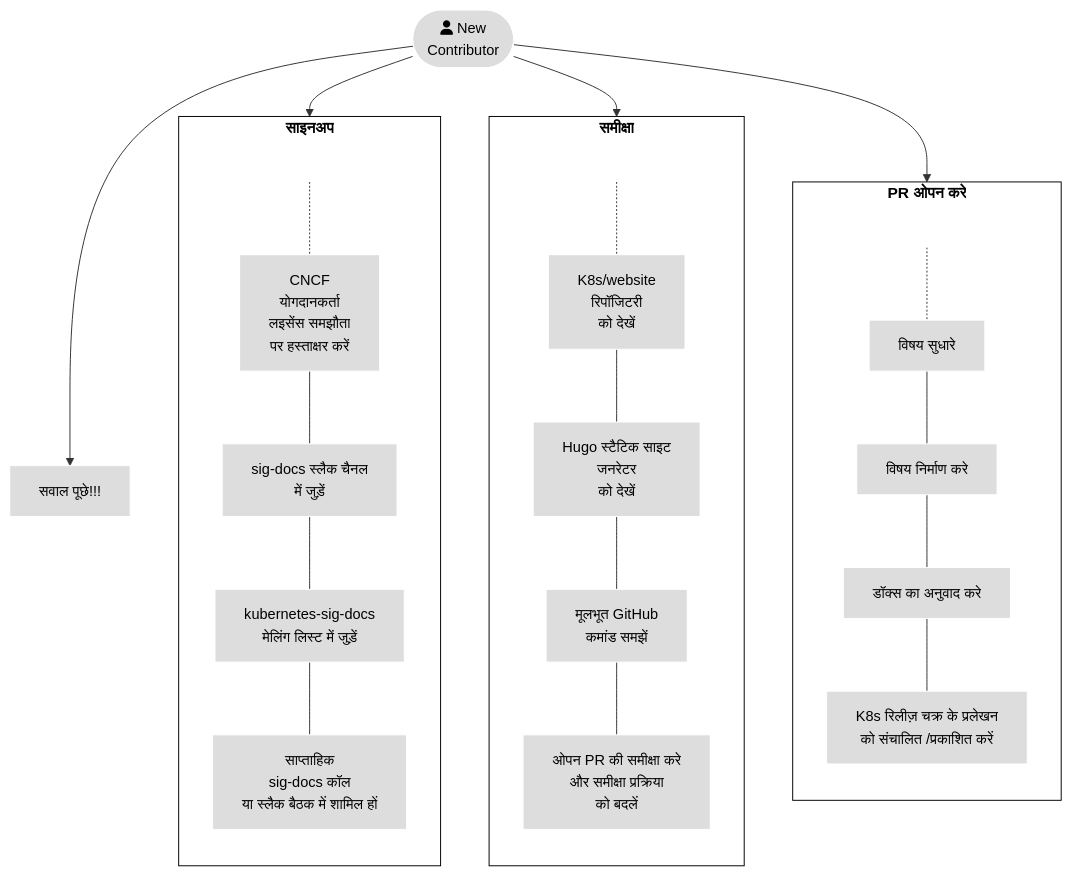
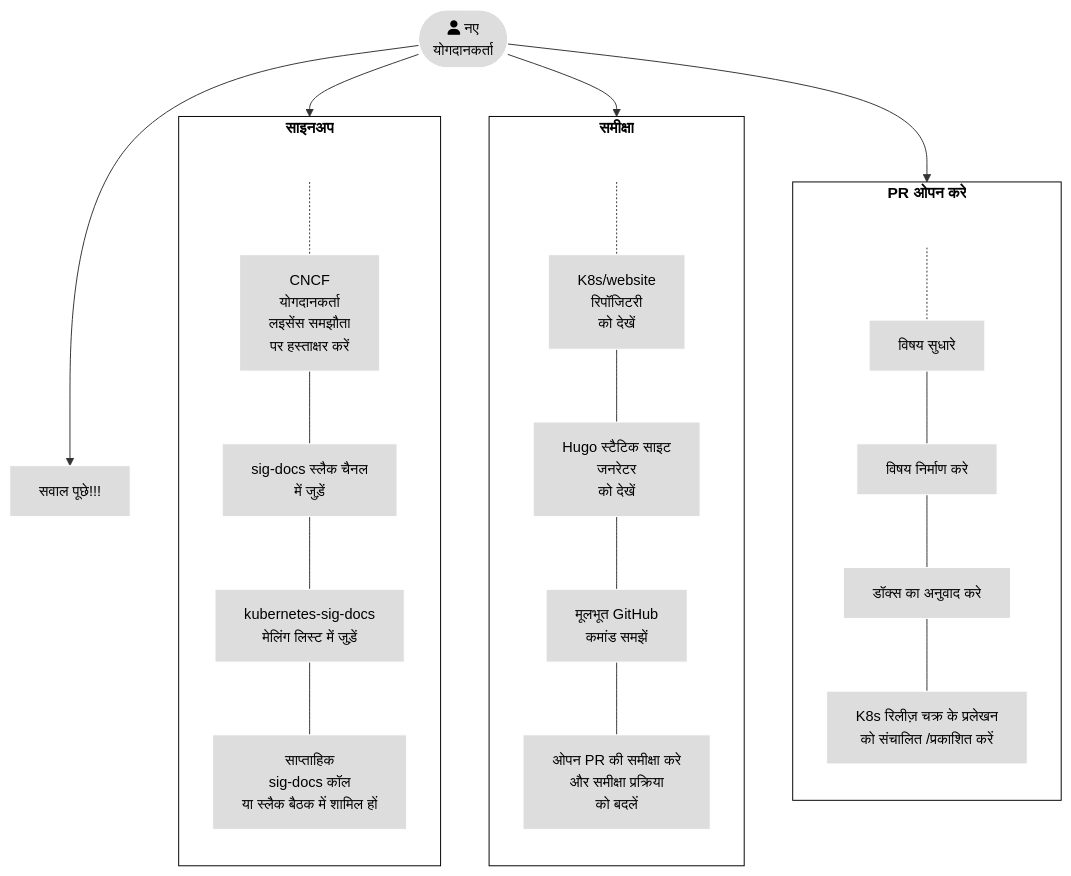
One commit to kubernetes/website changed the first of 2 diagrams in content/hi/docs/contribute/_index.md. Above: the diagram before and after it, drawn with Mermaid.

```diff
--- a/content/hi/docs/contribute/_index.md
+++ b/content/hi/docs/contribute/_index.md
@@ -57,40 +57,40 @@
 {{< mermaid >}}
 flowchart TB
 subgraph third[PR ओपन करे]
 direction TB
 U[ ] -.-
 Q[विषय सुधारे] --- N[विषय निर्माण करे]
 N --- O[डॉक्स का अनुवाद करे]
 O --- P[K8s रिलीज़ चक्र के प्रलेखन<br>को संचालित /प्रकाशित करें]
 
 end
 
 subgraph second[समीक्षा]
 direction TB
    T[ ] -.-
    D[K8s/website<br>रिपॉजिटरी<br>को देखें] --- E[Hugo स्टैटिक साइट<br>जनरेटर<br>को देखें]
    E --- F[मूलभूत GitHub<br>कमांड समझें]
    F --- G[ओपन PR की समीक्षा करे<br>और समीक्षा प्रक्रिया<br>को बदलें]
 end
 
 subgraph first[साइनअप]
     direction TB
     S[ ] -.-
     B[CNCF<br>योगदानकर्ता<br>लइसेंस समझौता<br>पर हस्ताक्षर करें] --- C[sig-docs स्लैक चैनल<br>में जुड़ें] 
     C --- V[kubernetes-sig-docs<br>मेलिंग लिस्ट में जुड़ें]
     V --- M[साप्ताहिक<br>sig-docs कॉल<br>या स्लैक बैठक में शामिल हों]
 end
 
-A([fa:fa-user New<br>Contributor]) --> first
+A([fa:fa-user नए<br>योगदानकर्ता]) --> first
 A --> second
 A --> third
 A --> H[सवाल पूछे!!!]
 
 
 classDef grey fill:#dddddd,stroke:#ffffff,stroke-width:px,color:#000000, font-size:15px;
 classDef white fill:#ffffff,stroke:#000,stroke-width:px,color:#000,font-weight:bold
 classDef spacewhite fill:#ffffff,stroke:#fff,stroke-width:0px,color:#000
 class A,B,C,D,E,F,G,H,M,Q,N,O,P,V grey
 class S,T,U spacewhite
 class first,second,third white
 {{</ mermaid >}}
```
